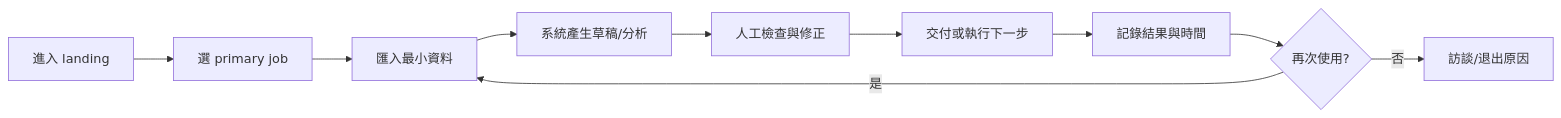
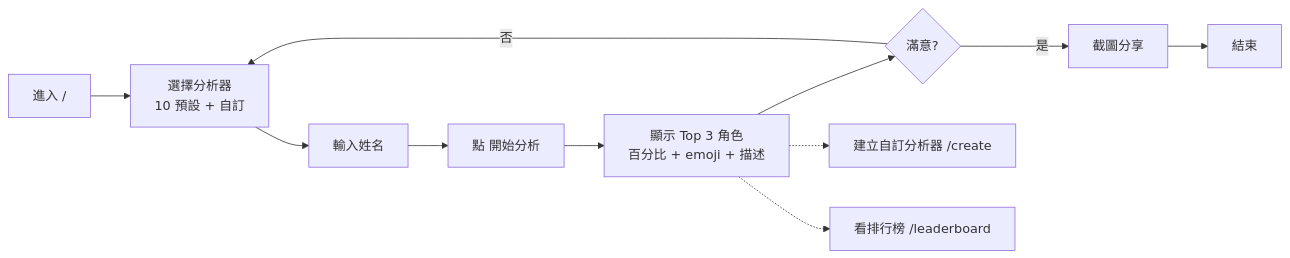
Before and after one commit to openclawsean024-create/anime-character-analyzer: the diagram in PRD/SPEC.md, drawn with Mermaid. The commit also changed other lines of this file and 10 other files, not shown here.

````diff
--- a/PRD/SPEC.md
+++ b/PRD/SPEC.md
@@ -61,12 +38,13 @@
 ```mermaid
 flowchart LR
-  A[進入 landing] --> B[選 primary job]
-  B --> C[匯入最小資料]
-  C --> D[系統產生草稿/分析]
-  D --> E[人工檢查與修正]
-  E --> F[交付或執行下一步]
-  F --> G[記錄結果與時間]
-  G --> H{再次使用?}
-  H -->|是| C
-  H -->|否| I[訪談/退出原因]
+  A[進入 /] --> B[選擇分析器<br/>10 預設 + 自訂]
+  B --> C[輸入姓名]
+  C --> D[點 開始分析]
+  D --> E[顯示 Top 3 角色<br/>百分比 + emoji + 描述]
+  E --> F{滿意?}
+  F -->|是| G[截圖分享]
+  F -->|否| B
+  G --> H[結束]
+  E -.-> I[建立自訂分析器 /create]
+  E -.-> J[看排行榜 /leaderboard]
 ```
````
